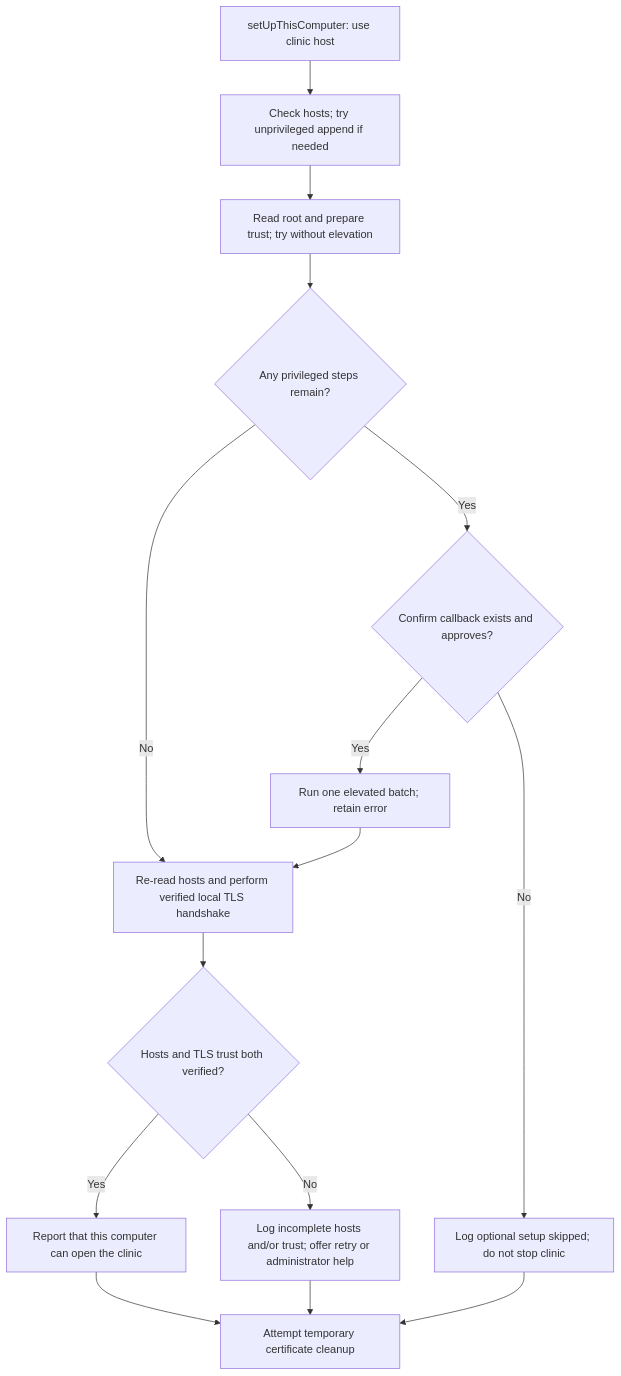
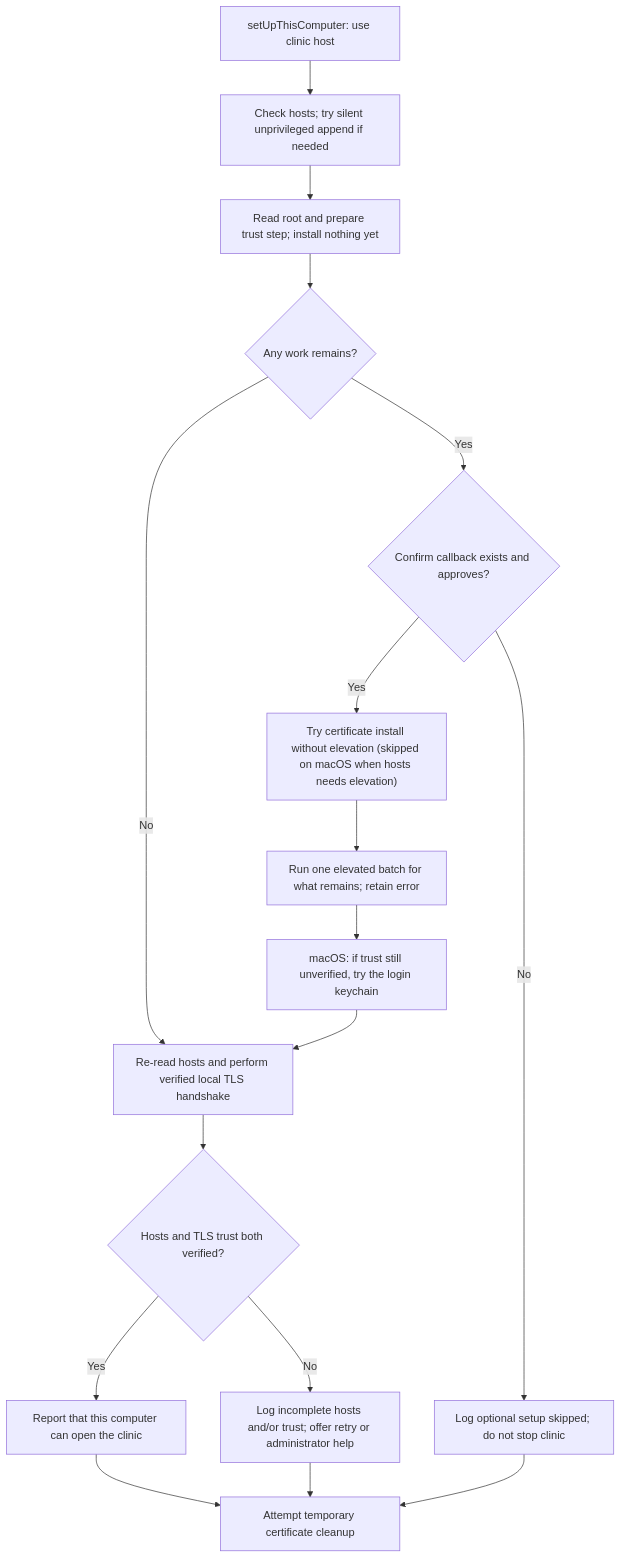
The second of 6 diagrams in docs/native-integrations.md (ohcnetwork/care_clinic), drawn with Mermaid before and after one commit. The commit also changed other lines of this file and 17 other files, not shown here.

````diff
--- a/docs/native-integrations.md
+++ b/docs/native-integrations.md
@@ -396,17 +424,19 @@
 ```mermaid
 flowchart TD
-    Begin["setUpThisComputer: use clinic host"] --> Hosts["Check hosts; try unprivileged append if needed"]
-    Hosts --> Trust["Read root and prepare trust; try without elevation"]
-    Trust --> Needed{"Any privileged steps remain?"}
+    Begin["setUpThisComputer: use clinic host"] --> Hosts["Check hosts; try silent unprivileged append if needed"]
+    Hosts --> Trust["Read root and prepare trust step; install nothing yet"]
+    Trust --> Needed{"Any work remains?"}
     Needed -- No --> Verify["Re-read hosts and perform verified local TLS handshake"]
     Needed -- Yes --> Confirm{"Confirm callback exists and approves?"}
     Confirm -- No --> Skipped["Log optional setup skipped; do not stop clinic"]
-    Confirm -- Yes --> Elevate["Run one elevated batch; retain error"]
-    Elevate --> Verify
+    Confirm -- Yes --> TryTrust["Try certificate install without elevation (skipped on macOS when hosts needs elevation)"]
+    TryTrust --> Elevate["Run one elevated batch for what remains; retain error"]
+    Elevate --> Fallback["macOS: if trust still unverified, try the login keychain"]
+    Fallback --> Verify
     Verify --> Ready{"Hosts and TLS trust both verified?"}
     Ready -- Yes --> Success["Report that this computer can open the clinic"]
     Ready -- No --> Pending["Log incomplete hosts and/or trust; offer retry or administrator help"]
     Success --> Cleanup["Attempt temporary certificate cleanup"]
     Pending --> Cleanup
     Skipped --> Cleanup
 ```
````
